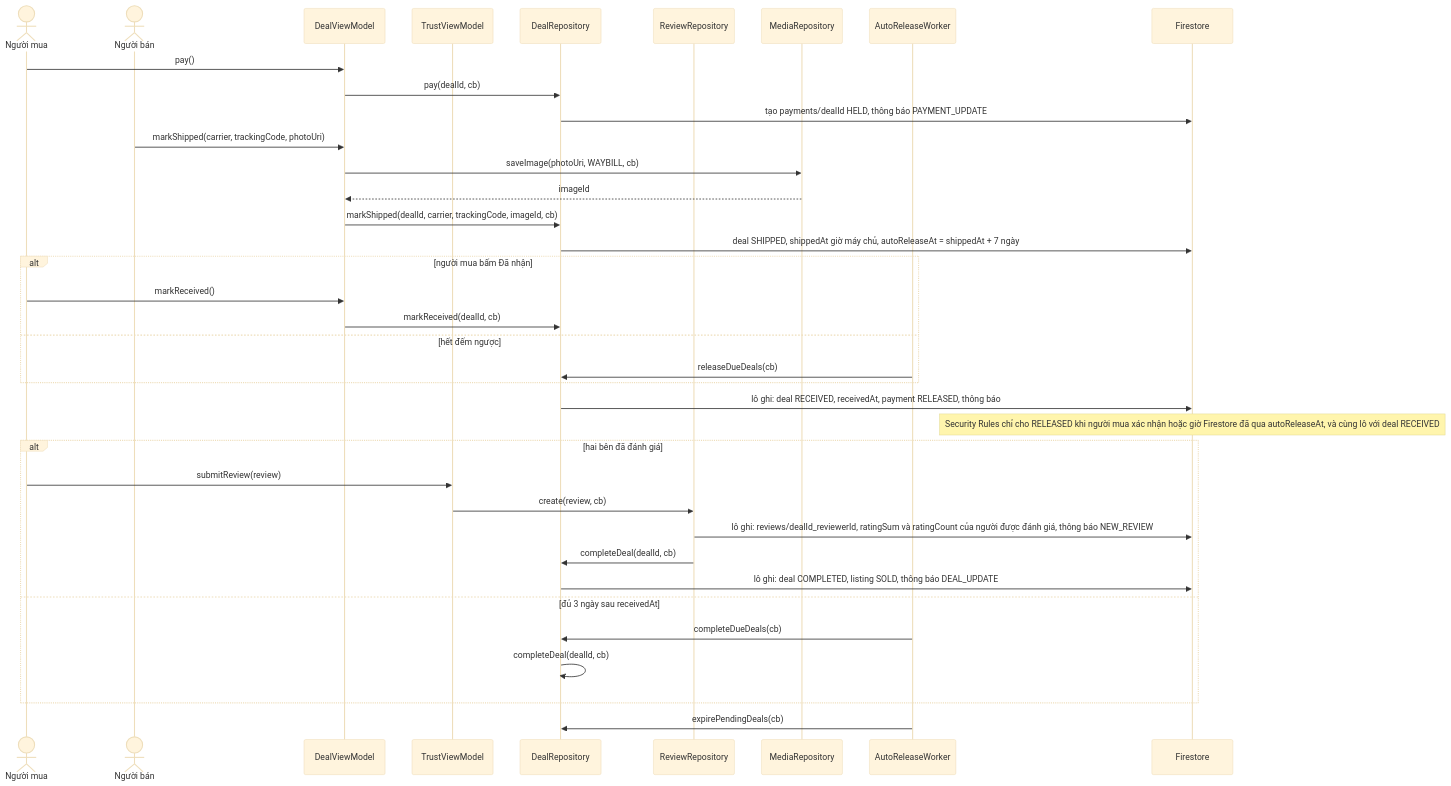
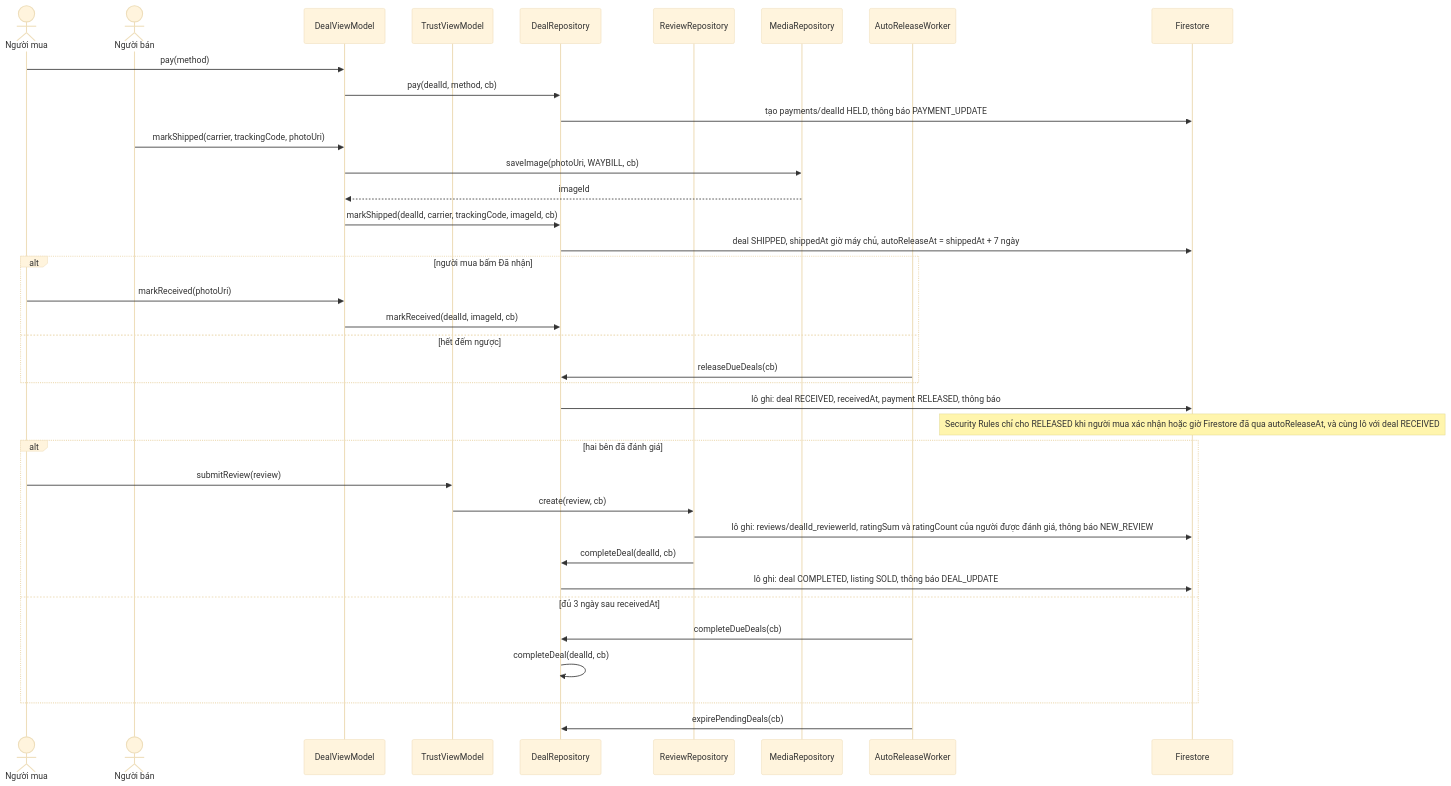
One commit to tahpnart8/NHOM3-MobileApp changed the fifth of 7 diagrams in workflow/docs/architecture/luong-xu-ly.md. Above: the diagram before and after it, drawn with Mermaid (base theme). The commit also changed other lines of this file and 87 other files, not shown here.

````diff
--- a/workflow/docs/architecture/luong-xu-ly.md
+++ b/workflow/docs/architecture/luong-xu-ly.md
@@ -171,39 +171,39 @@
 ```mermaid
 sequenceDiagram
     actor B as Người mua
     actor S as Người bán
     participant DVM as DealViewModel
     participant TVM as TrustViewModel
     participant DR as DealRepository
     participant RR as ReviewRepository
     participant MR as MediaRepository
     participant W as AutoReleaseWorker
     participant FS as Firestore
-    B->>DVM: pay()
-    DVM->>DR: pay(dealId, cb)
+    B->>DVM: pay(method)
+    DVM->>DR: pay(dealId, method, cb)
     DR->>FS: tạo payments/dealId HELD, thông báo PAYMENT_UPDATE
     S->>DVM: markShipped(carrier, trackingCode, photoUri)
     DVM->>MR: saveImage(photoUri, WAYBILL, cb)
     MR-->>DVM: imageId
     DVM->>DR: markShipped(dealId, carrier, trackingCode, imageId, cb)
     DR->>FS: deal SHIPPED, shippedAt giờ máy chủ, autoReleaseAt = shippedAt + 7 ngày
     alt người mua bấm Đã nhận
-        B->>DVM: markReceived()
-        DVM->>DR: markReceived(dealId, cb)
+        B->>DVM: markReceived(photoUri)
+        DVM->>DR: markReceived(dealId, imageId, cb)
     else hết đếm ngược
         W->>DR: releaseDueDeals(cb)
     end
     DR->>FS: lô ghi: deal RECEIVED, receivedAt, payment RELEASED, thông báo
     Note over FS: Security Rules chỉ cho RELEASED khi người mua xác nhận hoặc giờ Firestore đã qua autoReleaseAt, và cùng lô với deal RECEIVED
     alt hai bên đã đánh giá
         B->>TVM: submitReview(review)
         TVM->>RR: create(review, cb)
         RR->>FS: lô ghi: reviews/dealId_reviewerId, ratingSum và ratingCount của người được đánh giá, thông báo NEW_REVIEW
         RR->>DR: completeDeal(dealId, cb)
         DR->>FS: lô ghi: deal COMPLETED, listing SOLD, thông báo DEAL_UPDATE
     else đủ 3 ngày sau receivedAt
         W->>DR: completeDueDeals(cb)
         DR->>DR: completeDeal(dealId, cb)
     end
     W->>DR: expirePendingDeals(cb)
 ```
````
